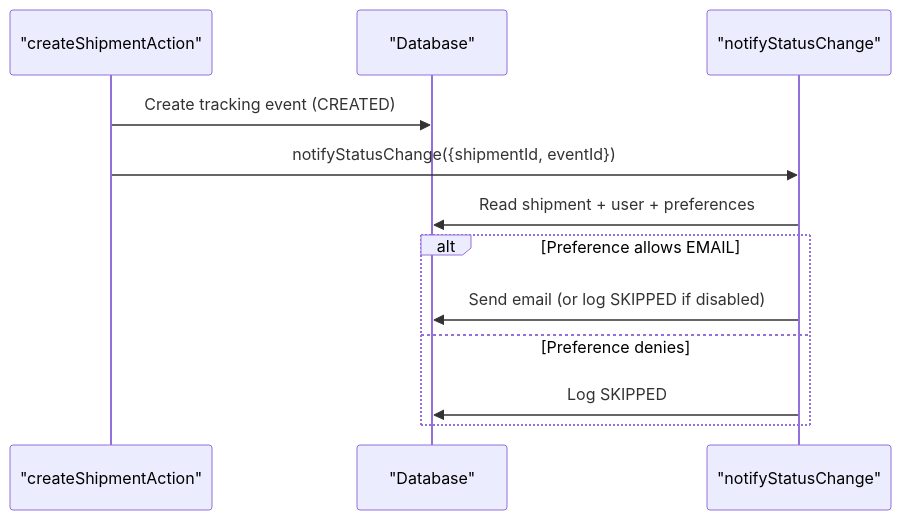
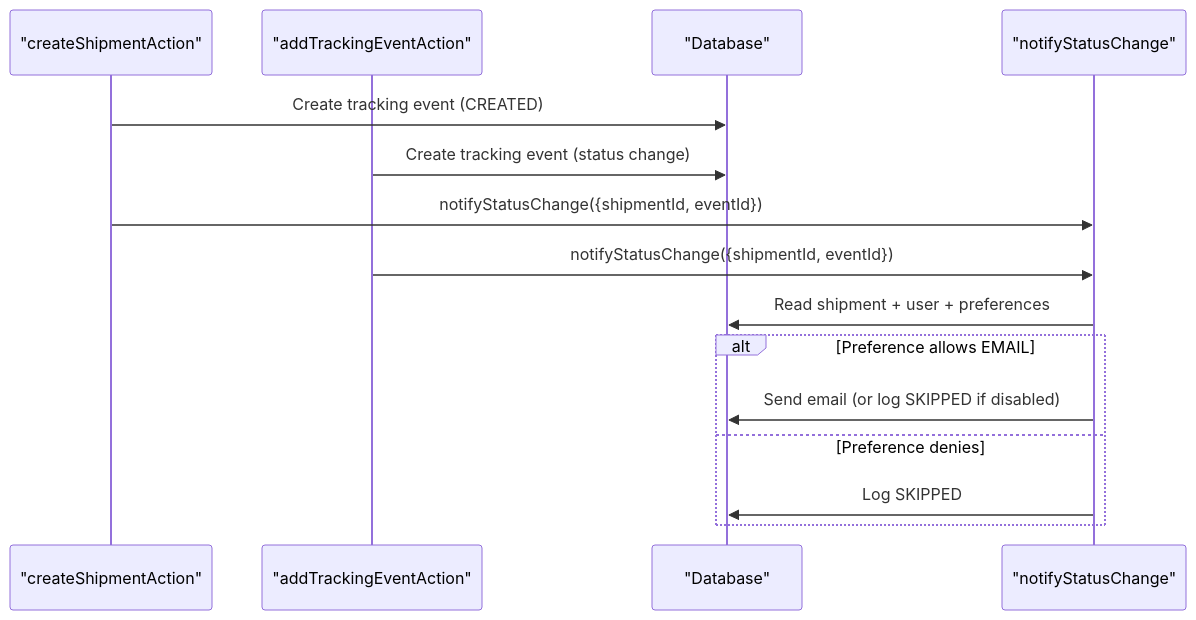
Before and after one commit to gyamposudodzi/Timberland: the tenth of 11 diagrams in .qoder/repowiki/en/content/Shipment Management/Shipment Management.md, drawn with Mermaid. The commit also changed other lines of this file and 87 other files, not shown here.

````diff
--- a/.qoder/repowiki/en/content/Shipment Management/Shipment Management.md
+++ b/.qoder/repowiki/en/content/Shipment Management/Shipment Management.md
@@ -371,14 +470,17 @@
 ```mermaid
 sequenceDiagram
 participant CA as "createShipmentAction"
+participant OPS as "addTrackingEventAction"
 participant DB as "Database"
 participant N as "notifyStatusChange"
 CA->>DB : Create tracking event (CREATED)
+OPS->>DB : Create tracking event (status change)
 CA->>N : notifyStatusChange({shipmentId, eventId})
+OPS->>N : notifyStatusChange({shipmentId, eventId})
 N->>DB : Read shipment + user + preferences
 alt Preference allows EMAIL
 N->>DB : Send email (or log SKIPPED if disabled)
 else Preference denies
 N->>DB : Log SKIPPED
 end
 ```
````
